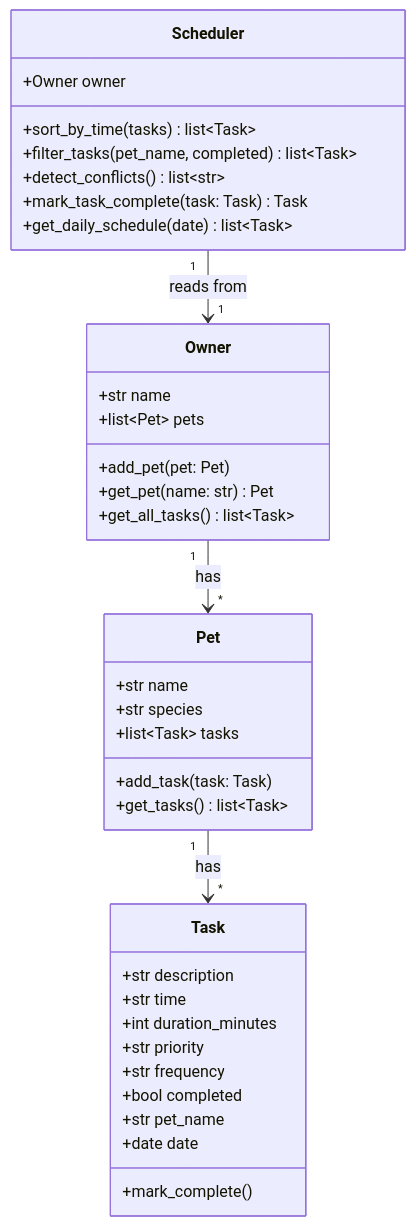
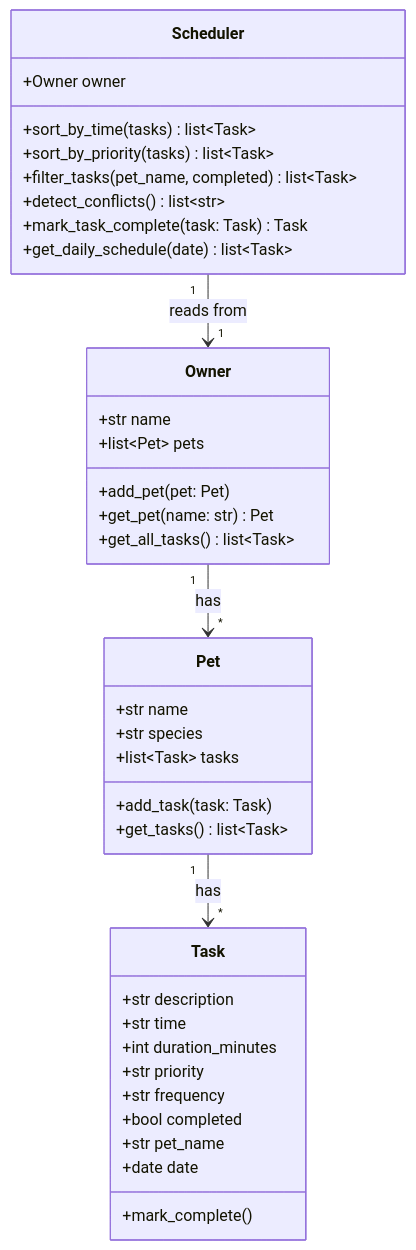
The diagram in uml_diagram.mmd (aardpark/ai110-module2show-pawpal-starter), drawn with Mermaid before and after one commit. The commit also changed 4 other files, not shown here.

```diff
--- a/uml_diagram.mmd
+++ b/uml_diagram.mmd
@@ -1,41 +1,42 @@
 classDiagram
     class Task {
         +str description
         +str time
         +int duration_minutes
         +str priority
         +str frequency
         +bool completed
         +str pet_name
         +date date
         +mark_complete()
     }
 
     class Pet {
         +str name
         +str species
         +list~Task~ tasks
         +add_task(task: Task)
         +get_tasks() list~Task~
     }
 
     class Owner {
         +str name
         +list~Pet~ pets
         +add_pet(pet: Pet)
         +get_pet(name: str) Pet
         +get_all_tasks() list~Task~
     }
 
     class Scheduler {
         +Owner owner
         +sort_by_time(tasks) list~Task~
+        +sort_by_priority(tasks) list~Task~
         +filter_tasks(pet_name, completed) list~Task~
         +detect_conflicts() list~str~
         +mark_task_complete(task: Task) Task
         +get_daily_schedule(date) list~Task~
     }
 
     Owner "1" --> "*" Pet : has
     Pet "1" --> "*" Task : has
     Scheduler "1" --> "1" Owner : reads from
```
